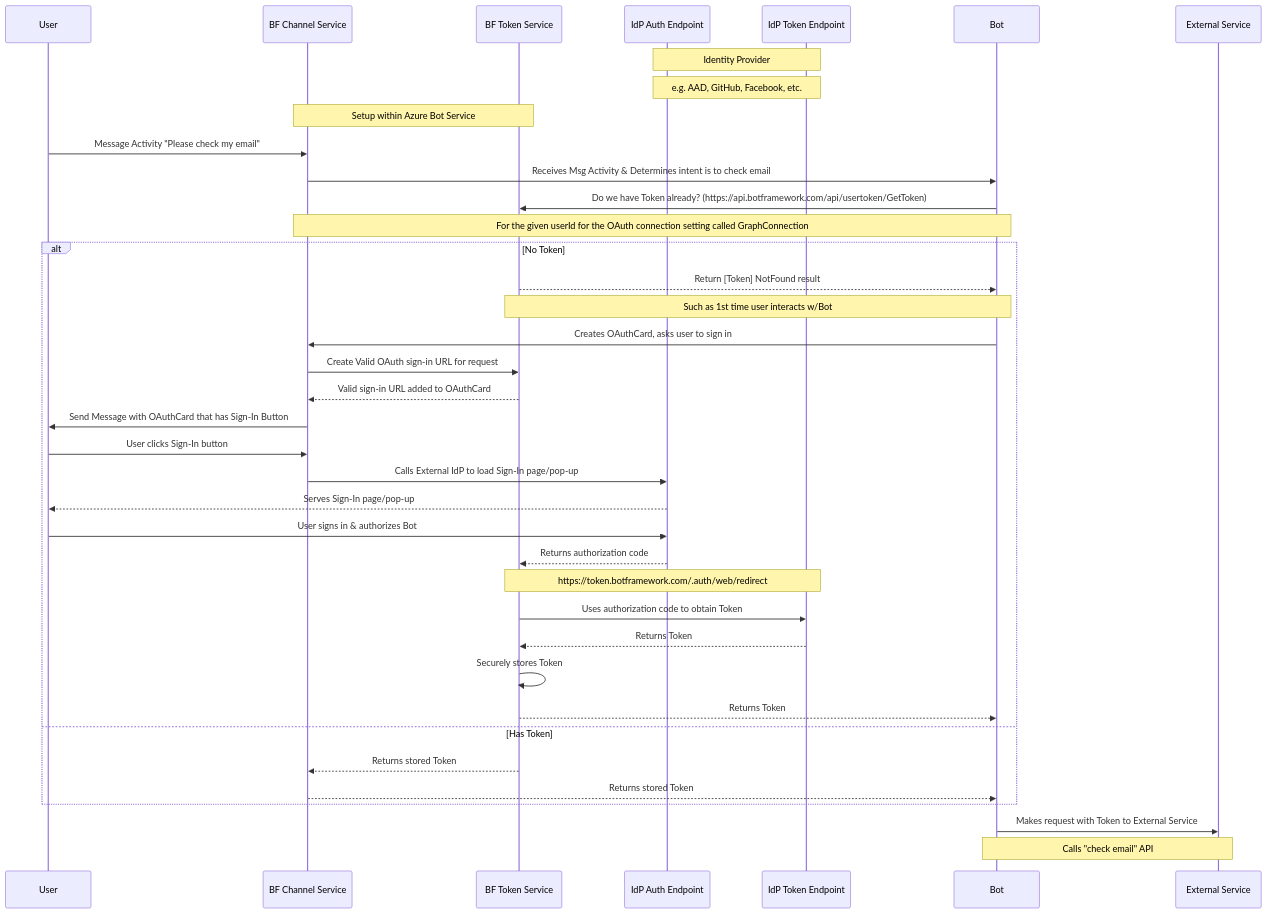
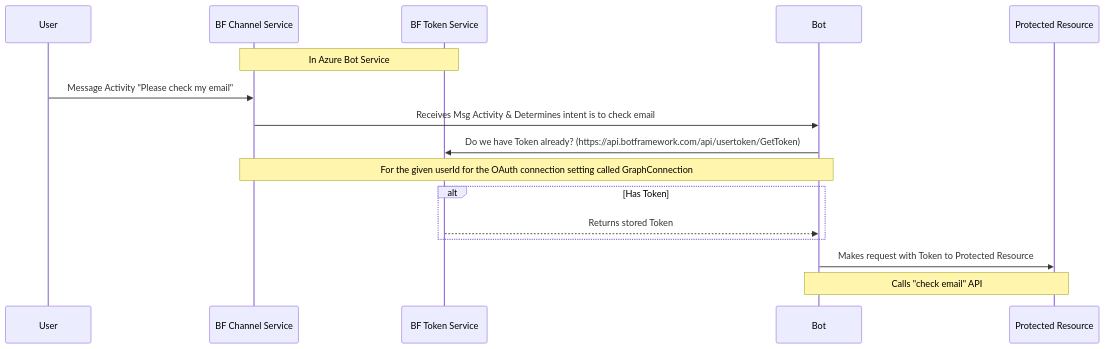
Before and after one commit to Zerryth/Mermaid: the second of 2 diagrams in MarkdownFiles/Authentication/AuthenticationDocExample_WithOAuthFlow.md, drawn with Mermaid. The commit also changed other lines of this file and 42 other files, not shown here.

````diff
--- a/MarkdownFiles/Authentication/AuthenticationDocExample_WithOAuthFlow.md
+++ b/MarkdownFiles/Authentication/AuthenticationDocExample_WithOAuthFlow.md
@@ -56,45 +60,23 @@
 ```mermaid
 sequenceDiagram
 
 participant User
 participant BFCS as BF Channel Service
 participant BFTS as BF Token Service
-participant IdPAuth as IdP Auth Endpoint
-participant IdPToken as IdP Token Endpoint
-Note over IdPAuth, IdPToken: Identity Provider
-Note over IdPAuth, IdPToken: e.g. AAD, GitHub, Facebook, etc.
-Note over BFCS, BFTS: Setup within Azure Bot Service
+Note over BFCS, BFTS: In Azure Bot Service
 participant Bot
-participant ExternalService as External Service
+participant ProtectedResource as Protected Resource
 
 
 User ->> BFCS: Message Activity "Please check my email"
 BFCS ->> Bot: Receives Msg Activity & Determines intent is to check email
 Bot ->> BFTS: Do we have Token already? (https://api.botframework.com/api/usertoken/GetToken)
 Note over BFCS, Bot: For the given userId for the OAuth connection setting called GraphConnection
-alt No Token
-    BFTS -->> Bot: Return [Token] NotFound result
-    Note over BFTS, Bot: Such as 1st time user interacts w/Bot
-    Bot ->> BFCS: Creates OAuthCard, asks user to sign in
-    BFCS ->> BFTS: Create Valid OAuth sign-in URL for request
-    BFTS -->> BFCS: Valid sign-in URL added to OAuthCard
-    BFCS ->> User: Send Message with OAuthCard that has Sign-In Button
-    User ->> BFCS: User clicks Sign-In button
-    BFCS ->> IdPAuth: Calls External IdP to load Sign-In page/pop-up
-    IdPAuth -->> User: Serves Sign-In page/pop-up
-    User ->> IdPAuth: User signs in & authorizes Bot
-    IdPAuth -->> BFTS: Returns authorization code
-    Note over BFTS, IdPToken: https://token.botframework.com/.auth/web/redirect
-    BFTS ->> IdPToken: Uses authorization code to obtain Token
-    IdPToken -->> BFTS: Returns Token
-    BFTS ->> BFTS: Securely stores Token
-    BFTS -->> Bot: Returns Token
-else Has Token
-    BFTS -->> BFCS: Returns stored Token
-    BFCS -->> Bot: Returns stored Token
+alt Has Token
+    BFTS -->> Bot: Returns stored Token
 end
 
-Bot ->> ExternalService: Makes request with Token to External Service
-Note over Bot, ExternalService: Calls "check email" API
+Bot ->> ProtectedResource: Makes request with Token to Protected Resource
+Note over Bot, ProtectedResource: Calls "check email" API
 
 ```
````
